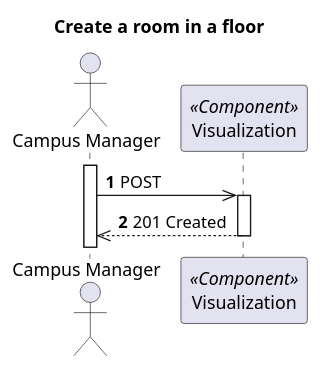
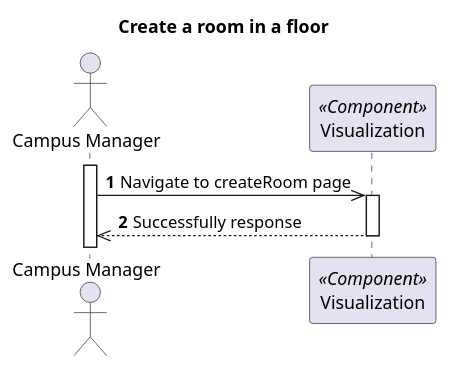
One commit to 1210910/lapr5 changed the diagram in docs/VistaProcesso/US310(1210)/Visualization/ProcessView_Level2_US310.puml. Above: the diagram before and after it, drawn with PlantUML. The commit also changed 48 other files, not shown here.

```diff
--- a/docs/VistaProcesso/US310(1210)/Visualization/ProcessView_Level2_US310.puml
+++ b/docs/VistaProcesso/US310(1210)/Visualization/ProcessView_Level2_US310.puml
@@ -1,21 +1,21 @@
 @startuml
 'https://plantuml.com/sequence-diagram
 
 autonumber
 skinparam packageStyle rect
 
 title Create a room in a floor
 
 actor "Campus Manager" as CM
 participant "Visualization" as MD <<Component>>
 
 activate CM
-CM->> MD : POST
+CM->> MD : Navigate to createRoom page
 
 activate MD
-CM<<--MD : 201 Created
+CM<<--MD : Successfully response
 
 deactivate MD
 
 
 @enduml
```
